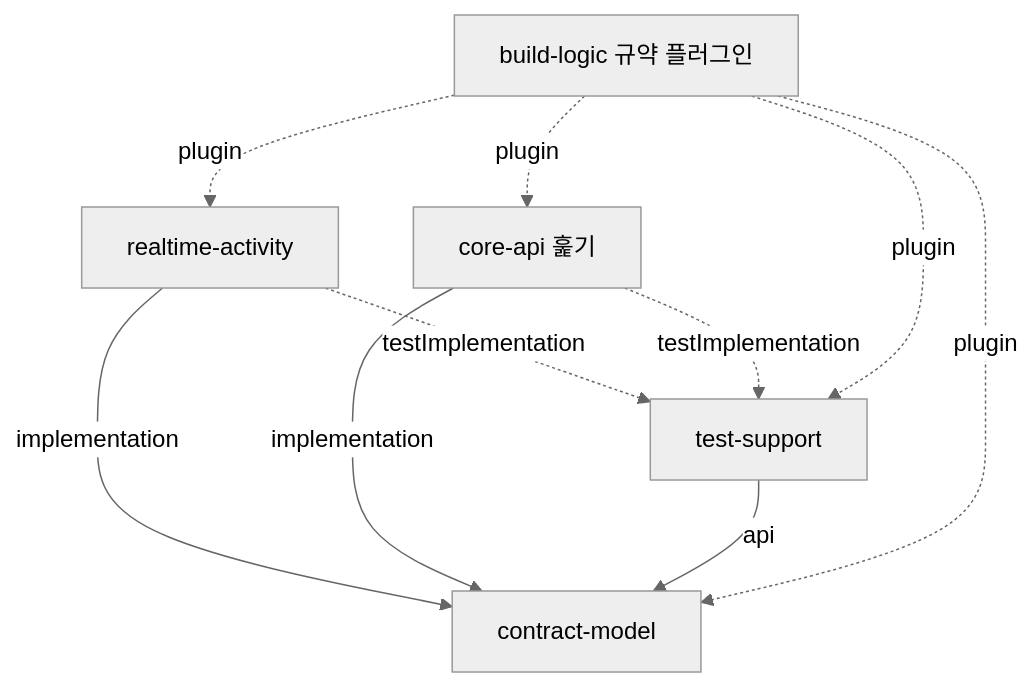
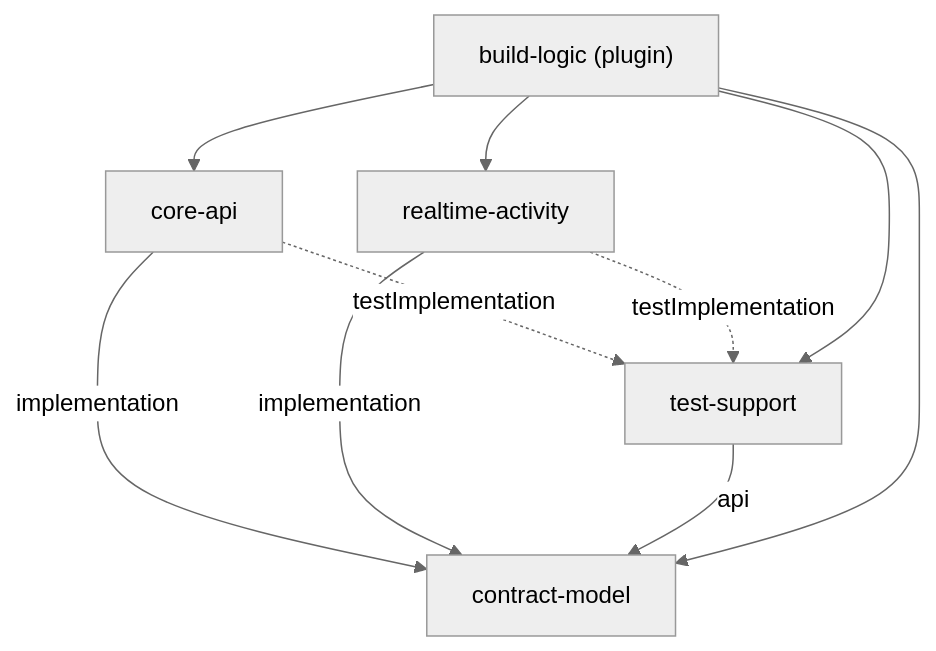
The diagram in aidlc/spaces/default/codekb/mujungi/dependencies.md (team-jomyung/mujungi), drawn with Mermaid (neutral theme) before and after one commit. The commit also changed other lines of this file and 452 other files, not shown here.

````diff
--- a/aidlc/spaces/default/codekb/mujungi/dependencies.md
+++ b/aidlc/spaces/default/codekb/mujungi/dependencies.md
@@ -7,17 +7,17 @@
 ```mermaid
 flowchart TD
-    BL[build-logic 규약 플러그인]
-    CM[contract-model]
-    TS[test-support]
-    RA[realtime-activity]
-    CA[core-api 훑기]
-    RA -- implementation --> CM
-    CA -- implementation --> CM
-    TS -- api --> CM
-    RA -. testImplementation .-> TS
-    CA -. testImplementation .-> TS
-    BL -. plugin .-> CM
-    BL -. plugin .-> TS
-    BL -. plugin .-> RA
-    BL -. plugin .-> CA
+  BL["build-logic (plugin)"]
+  CM["contract-model"]
+  CA["core-api"]
+  RA["realtime-activity"]
+  TS["test-support"]
+  CA -->|"implementation"| CM
+  RA -->|"implementation"| CM
+  TS -->|"api"| CM
+  CA -.->|"testImplementation"| TS
+  RA -.->|"testImplementation"| TS
+  BL --> CA
+  BL --> RA
+  BL --> CM
+  BL --> TS
 ```
````
